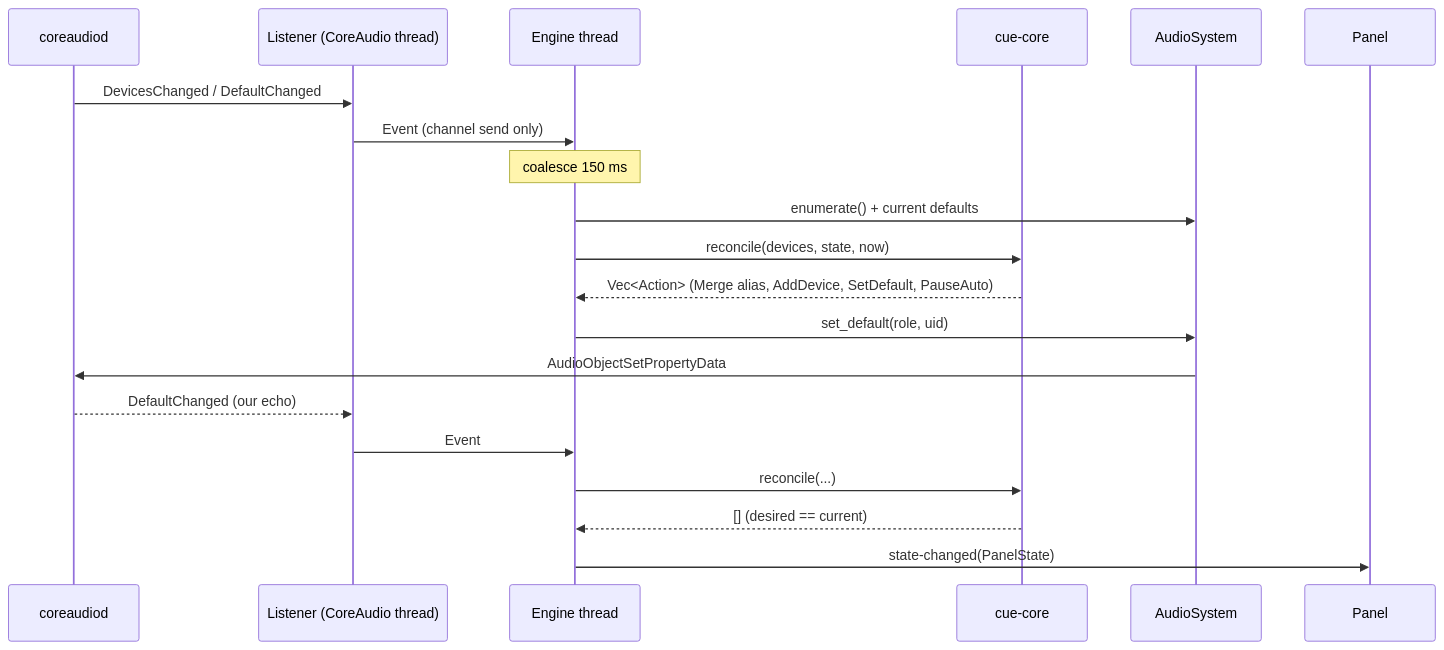
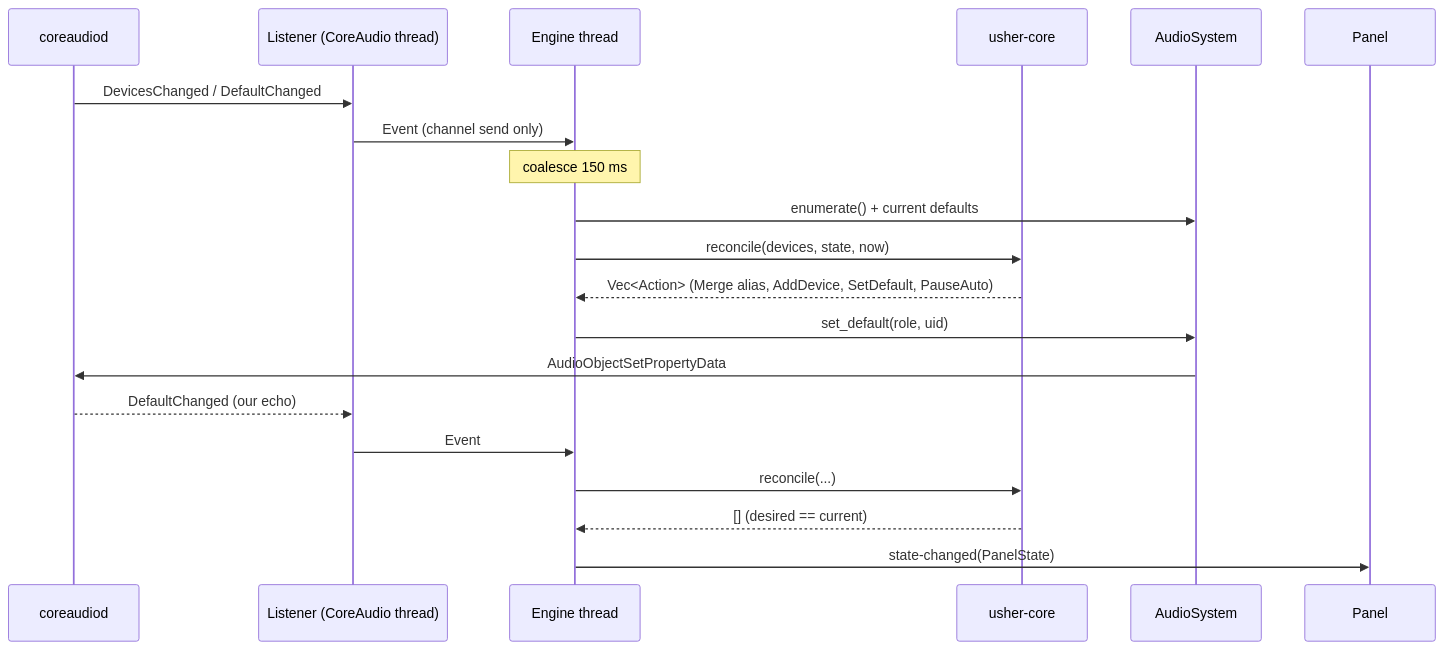
Before and after one commit to cef62/usher: the second of 4 diagrams in docs/architecture/overview.md, drawn with Mermaid. The commit also changed other lines of this file and 6 other files, not shown here.

Commit message:
docs: rename app from cue to usher

````diff
--- a/docs/architecture/overview.md
+++ b/docs/architecture/overview.md
@@ -56,23 +56,23 @@
 ```mermaid
 sequenceDiagram
   participant CA as coreaudiod
   participant L as Listener (CoreAudio thread)
   participant E as Engine thread
-  participant C as cue-core
+  participant C as usher-core
   participant S as AudioSystem
   participant UI as Panel
 
   CA->>L: DevicesChanged / DefaultChanged
   L->>E: Event (channel send only)
   Note over E: coalesce 150 ms
   E->>S: enumerate() + current defaults
   E->>C: reconcile(devices, state, now)
   C-->>E: Vec<Action> (Merge alias, AddDevice, SetDefault, PauseAuto)
   E->>S: set_default(role, uid)
   S->>CA: AudioObjectSetPropertyData
   CA-->>L: DefaultChanged (our echo)
   L->>E: Event
   E->>C: reconcile(...)
   C-->>E: [] (desired == current)
   E->>UI: state-changed(PanelState)
 ```
````
